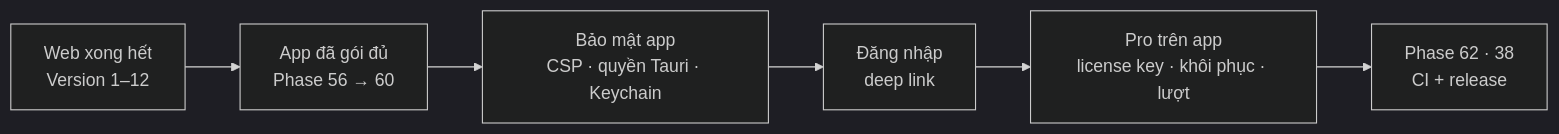
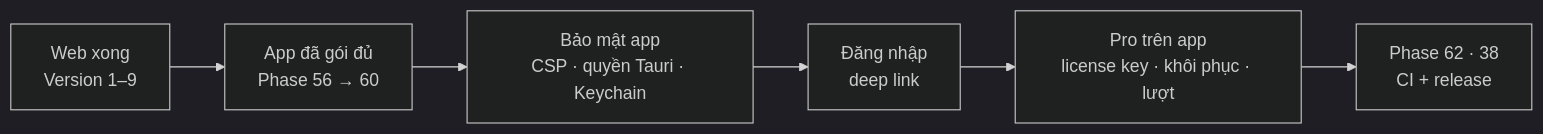
Before and after one commit to nvminhtu/niche-radar-docs: the diagram in docs/app/phase-61-app-only.md, drawn with Mermaid (dark theme). The commit also changed other lines of this file and 39 other files, not shown here.

Commit message:
docs: sync — trang Web bỏ phần app Mac, App làm khi xong Version 9

````diff
--- a/docs/app/phase-61-app-only.md
+++ b/docs/app/phase-61-app-only.md
@@ -10,8 +10,8 @@
 ```mermaid
 flowchart LR
-  W[Web xong hết<br/>Version 1–12] --> P[App đã gói đủ<br/>Phase 56 → 60]
+  W[Web xong<br/>Version 1–9] --> P[App đã gói đủ<br/>Phase 56 → 60]
   P --> S[Bảo mật app<br/>CSP · quyền Tauri · Keychain]
   S --> A[Đăng nhập<br/>deep link]
   A --> K[Pro trên app<br/>license key · khôi phục · lượt]
   K --> C[Phase 62 · 38<br/>CI + release]
 ```
````
